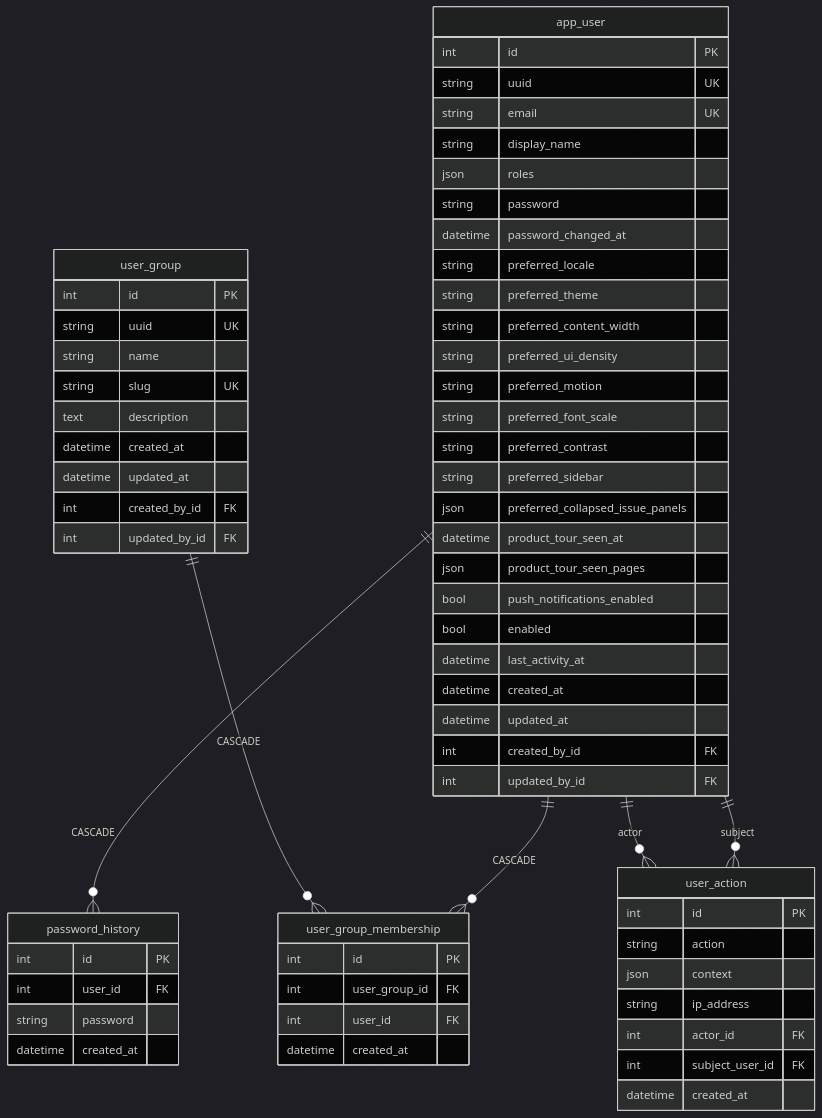
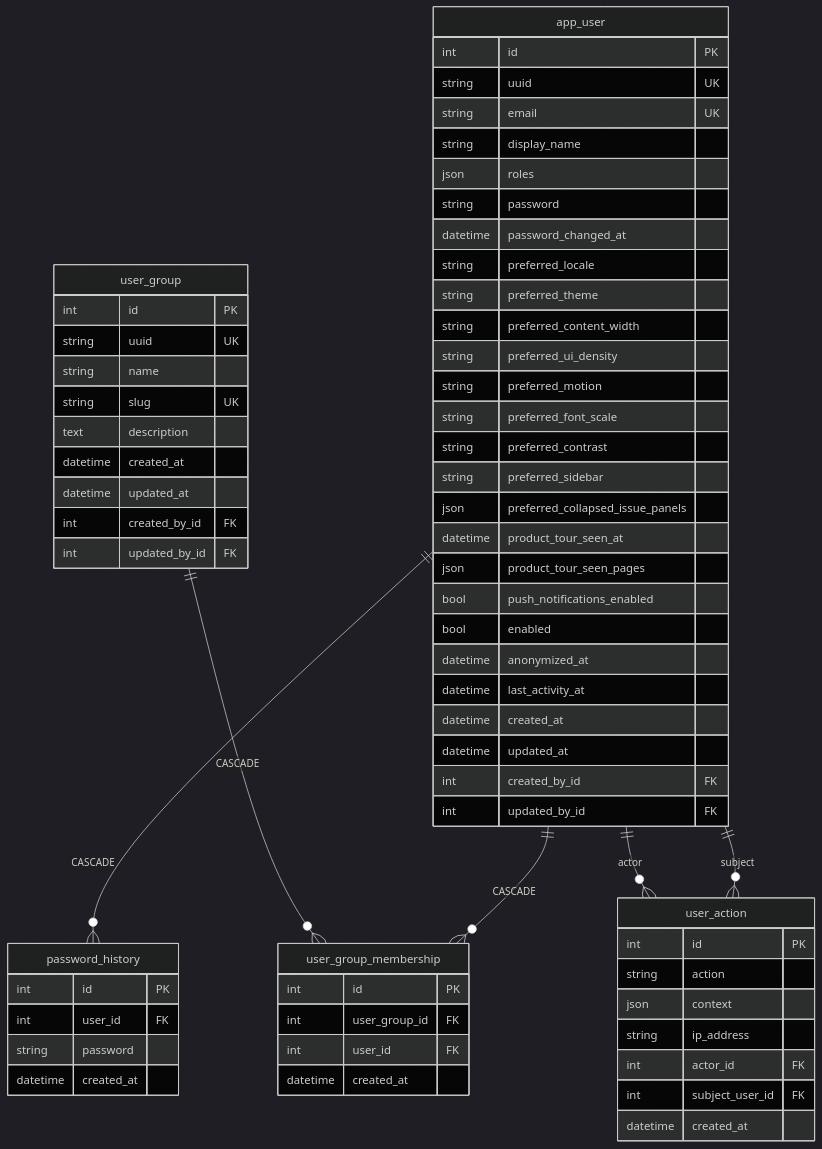
One commit to nowo-tech/symfony-beacon changed the second of 7 diagrams in docs/DATABASE.md. Above: the diagram before and after it, drawn with Mermaid (dark theme). The commit also changed 45 other files, not shown here.

````diff
--- a/docs/DATABASE.md
+++ b/docs/DATABASE.md
@@ -67,72 +67,73 @@
 ```mermaid
 erDiagram
     app_user {
         int id PK
         string uuid UK
         string email UK
         string display_name
         json roles
         string password
         datetime password_changed_at
         string preferred_locale
         string preferred_theme
         string preferred_content_width
         string preferred_ui_density
         string preferred_motion
         string preferred_font_scale
         string preferred_contrast
         string preferred_sidebar
         json preferred_collapsed_issue_panels
         datetime product_tour_seen_at
         json product_tour_seen_pages
         bool push_notifications_enabled
         bool enabled
+        datetime anonymized_at
         datetime last_activity_at
         datetime created_at
         datetime updated_at
         int created_by_id FK
         int updated_by_id FK
     }
 
     password_history {
         int id PK
         int user_id FK
         string password
         datetime created_at
     }
 
     user_group {
         int id PK
         string uuid UK
         string name
         string slug UK
         text description
         datetime created_at
         datetime updated_at
         int created_by_id FK
         int updated_by_id FK
     }
 
     user_group_membership {
         int id PK
         int user_group_id FK
         int user_id FK
         datetime created_at
     }
 
     user_action {
         int id PK
         string action
         json context
         string ip_address
         int actor_id FK
         int subject_user_id FK
         datetime created_at
     }
 
     app_user ||--o{ password_history : CASCADE
     user_group ||--o{ user_group_membership : CASCADE
     app_user ||--o{ user_group_membership : CASCADE
     app_user ||--o{ user_action : actor
     app_user ||--o{ user_action : subject
 ```
````
